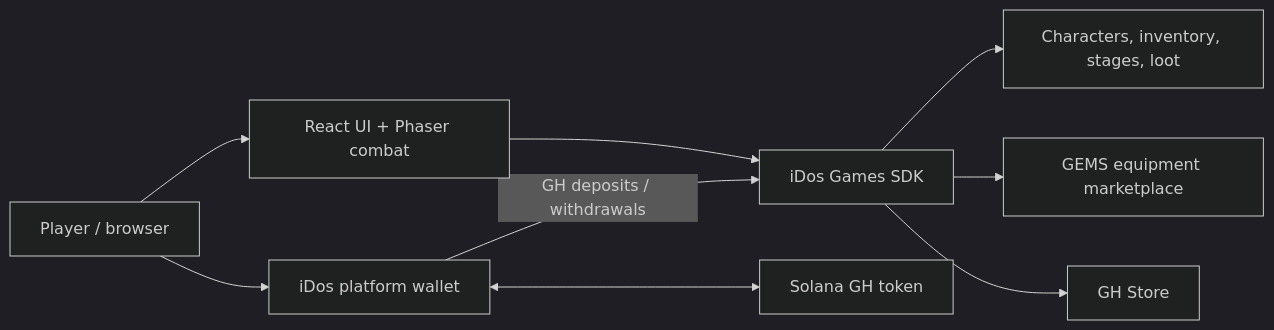
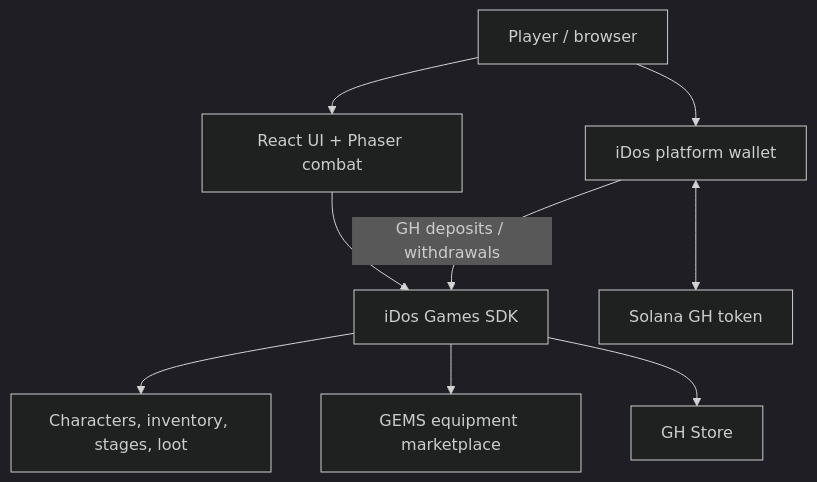
Before and after one commit to gordon0027/GRIND-HEROES: the diagram in README.md, drawn with Mermaid (dark theme).

Commit message:
Fit README architecture diagram to GitHub layout

````diff
--- a/README.md
+++ b/README.md
@@ -67,11 +67,11 @@
 ```mermaid
-flowchart LR
+flowchart TD
     Player[Player / browser] --> Game[React UI + Phaser combat]
     Game --> SDK[iDos Games SDK]
     SDK --> State[Characters, inventory, stages, loot]
     SDK --> Market[GEMS equipment marketplace]
     SDK --> Store[GH Store]
     Player --> Wallet[iDos platform wallet]
     Wallet <--> Solana[Solana GH token]
     Wallet -->|GH deposits / withdrawals| SDK
 ```
````
